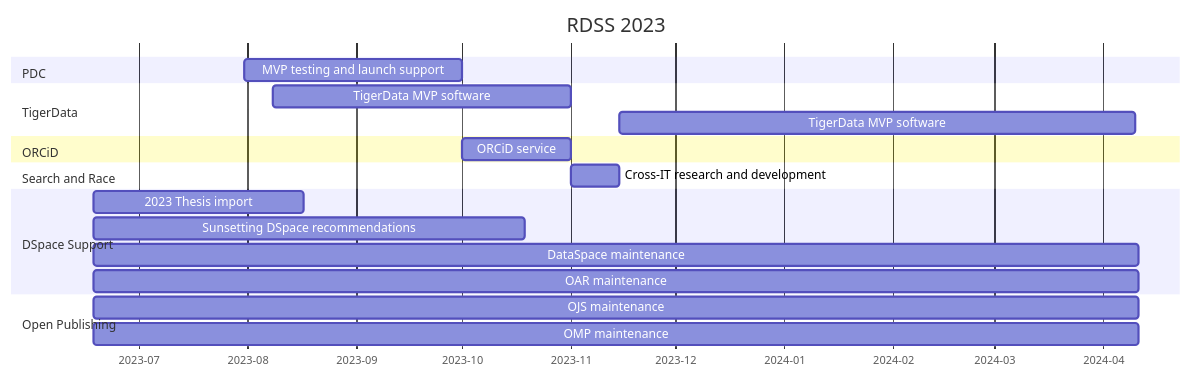
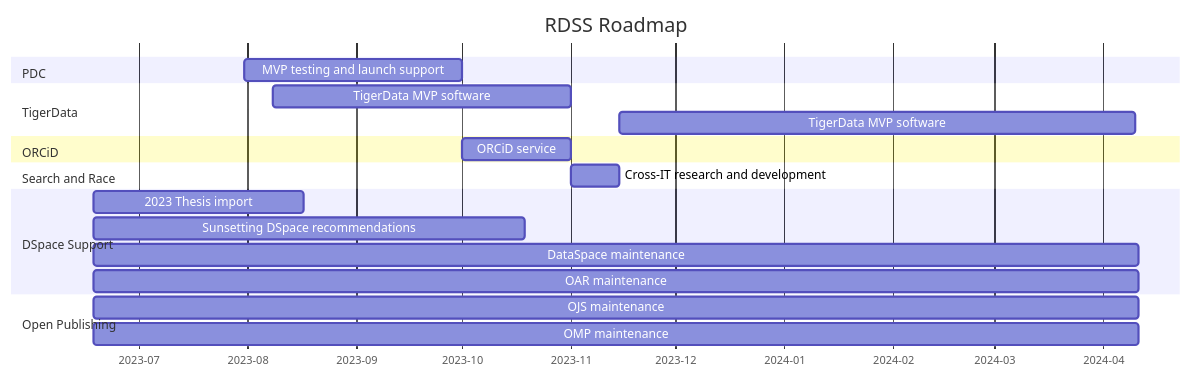
Before and after one commit to pulibrary/rdss-handbook: the first of 31 diagrams in roadmap.md, drawn with Mermaid.

Commit message:
Removed year from roadmap

````diff
--- a/roadmap.md
+++ b/roadmap.md
@@ -5,23 +5,23 @@
 ```mermaid
 gantt
-    title RDSS 2023
+    title RDSS Roadmap
     axisFormat  %Y-%m
     dateformat YYYY-MM
     section PDC
     MVP testing and launch support: pd2,2023-07-31,62d
     section TigerData
     TigerData MVP software: td1,2023-08-08,85d
     TigerData MVP software: td2,2023-11-15,147d
     section ORCiD
     ORCiD service: pd3,2023-10-01,31d
     section Search and Race
     Cross-IT research and development: sar1,2023-11-01,14d
     section DSpace Support
     2023 Thesis import: dsp1,2023-06-18,60d
     Sunsetting DSpace recommendations: dsp2,2023-06-18,123d
     DataSpace maintenance: dsp3,2023-06-18,298d
     OAR maintenance: dsp4,2023-06-18,298d
     section Open Publishing
     OJS maintenance: op1,2023-06-18,298d
     OMP maintenance: op2,2023-06-18,298d
 ```
````
